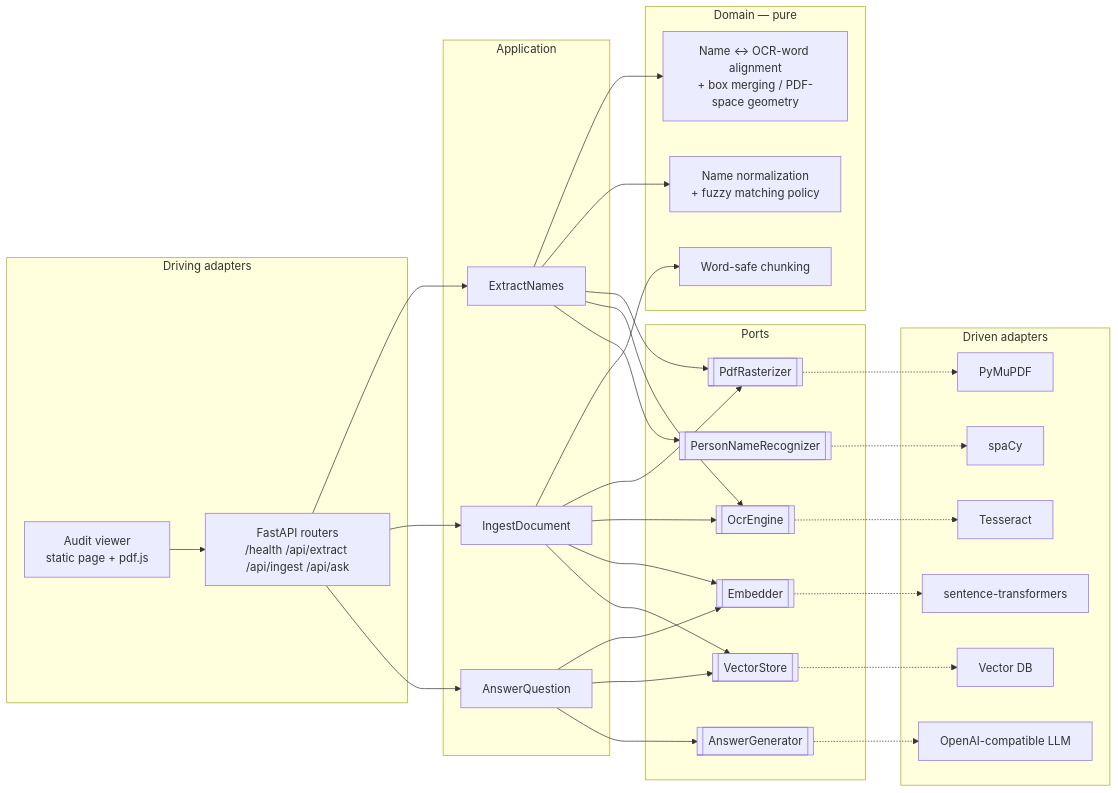
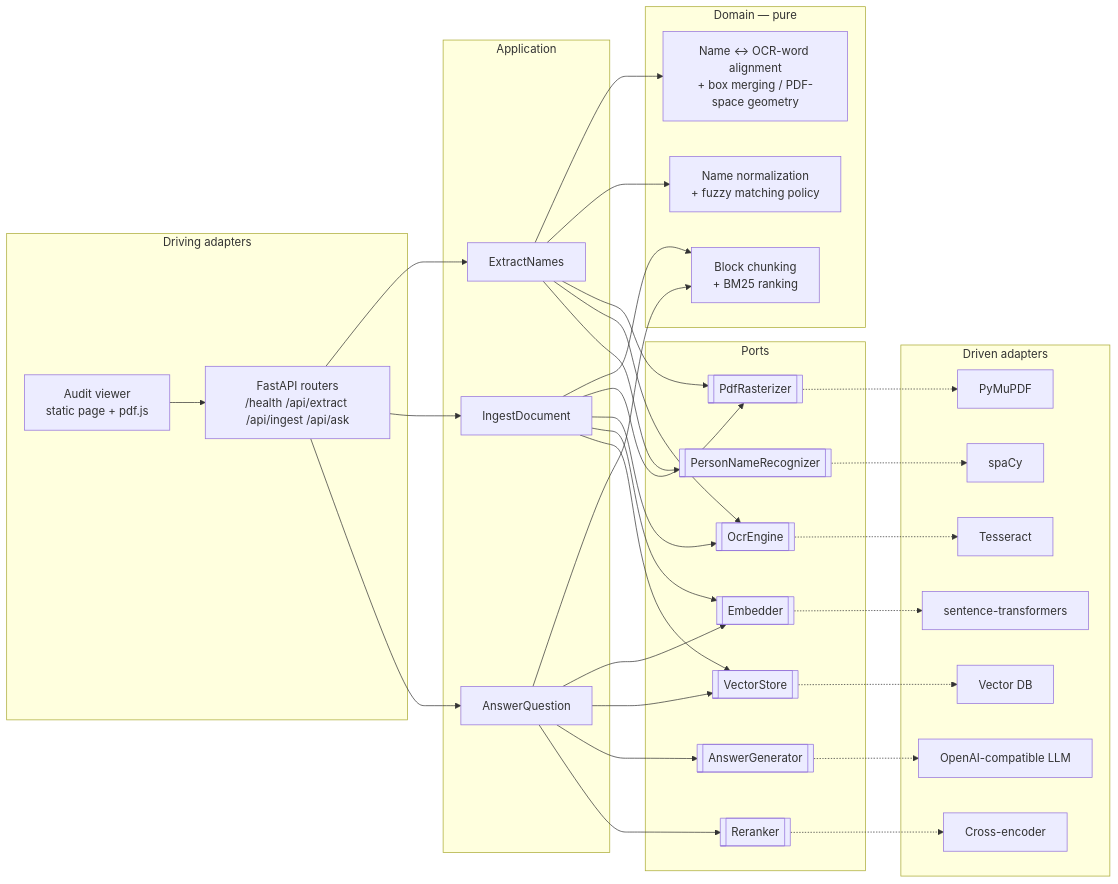
Before and after one commit to rigras/ML-Engineer-test: the diagram in docs/trds/document-intelligence-trd.md, drawn with Mermaid. The commit also changed other lines of this file and 14 other files, not shown here.

````diff
--- a/docs/trds/document-intelligence-trd.md
+++ b/docs/trds/document-intelligence-trd.md
@@ -57,46 +57,49 @@
 ```mermaid
 flowchart LR
     subgraph Driving adapters
         API[FastAPI routers<br/>/health /api/extract /api/ingest /api/ask]
         VIEW[Audit viewer<br/>static page + pdf.js]
     end
     subgraph Application
         UC1[ExtractNames]
         UC2[IngestDocument]
         UC3[AnswerQuestion]
     end
     subgraph Domain [Domain — pure]
         D1[Name ↔ OCR-word alignment<br/>+ box merging / PDF-space geometry]
         D2[Name normalization<br/>+ fuzzy matching policy]
-        D3[Word-safe chunking]
+        D3[Block chunking<br/>+ BM25 ranking]
     end
     subgraph Ports
         P1[[PdfRasterizer]]
         P2[[OcrEngine]]
         P3[[PersonNameRecognizer]]
         P4[[Embedder]]
         P5[[VectorStore]]
         P6[[AnswerGenerator]]
+        P7[[Reranker]]
     end
     subgraph Driven adapters
         A1[PyMuPDF]
         A2[Tesseract]
         A3[spaCy]
         A4[sentence-transformers]
         A5[Vector DB]
         A6[OpenAI-compatible LLM]
+        A7[Cross-encoder]
     end
     VIEW --> API --> UC1 & UC2 & UC3
     UC1 --> D1 & D2
-    UC2 --> D3
+    UC2 & UC3 --> D3
     UC1 & UC2 --> P1 & P2
     UC1 --> P3
     UC2 & UC3 --> P4 & P5
-    UC3 --> P6
+    UC3 --> P6 & P7
     P1 -.-> A1
     P2 -.-> A2
     P3 -.-> A3
     P4 -.-> A4
     P5 -.-> A5
     P6 -.-> A6
+    P7 -.-> A7
 ```
````
